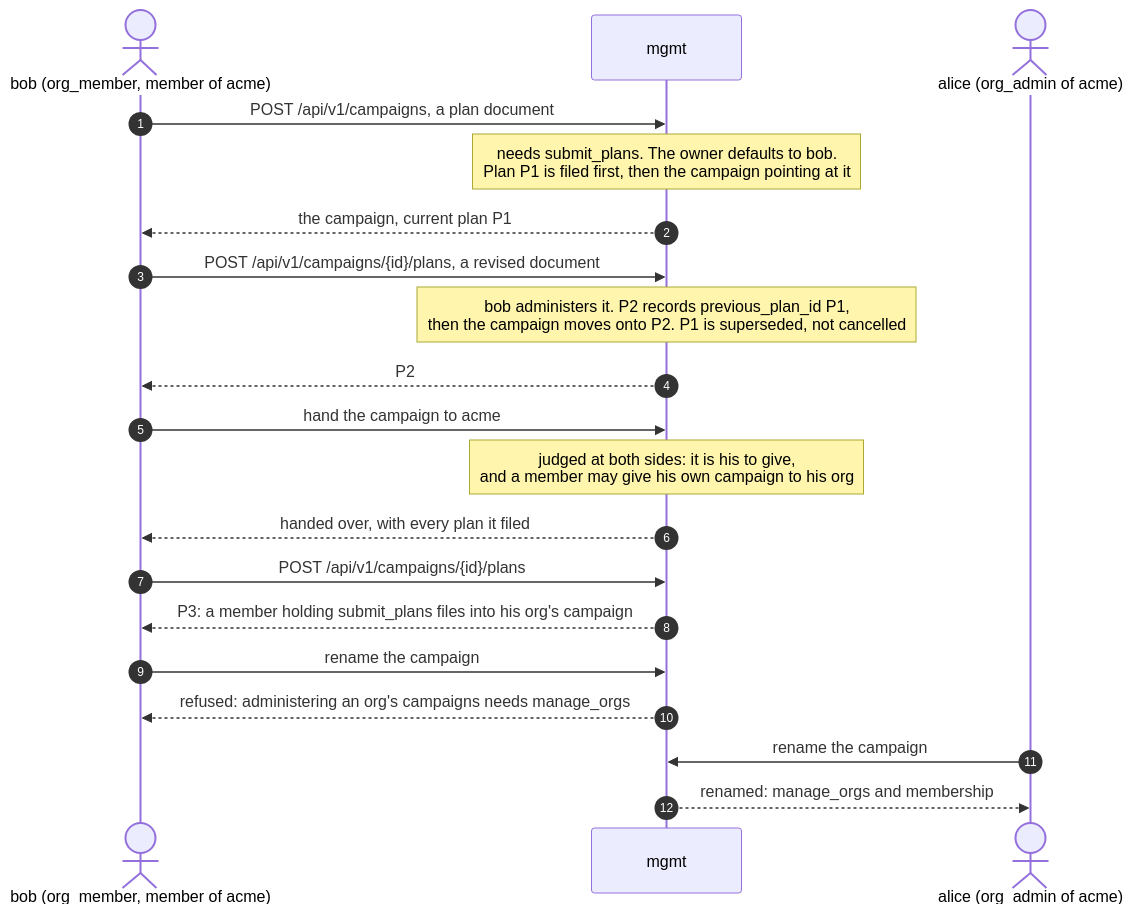
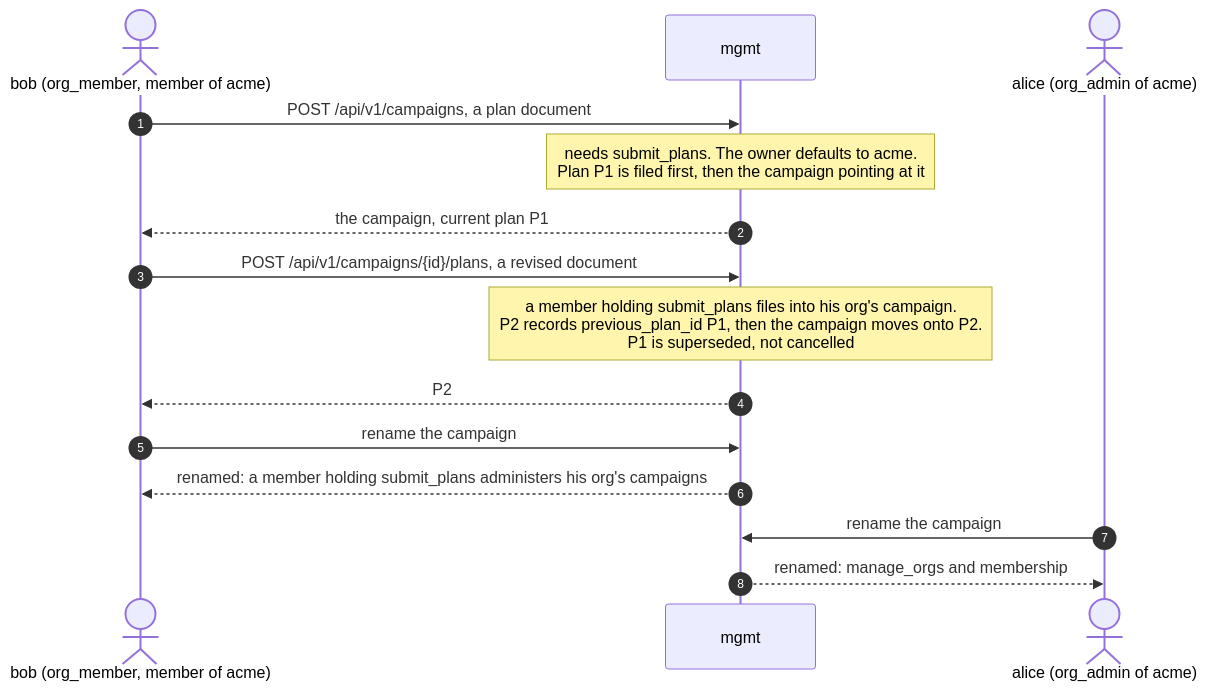
Diagram 24 of 27 in docs/topology.md (Liquid4All/pipette-mgmt), drawn with Mermaid before and after one commit. The commit also changed other lines of this file and 432 other files, not shown here.

````diff
--- a/docs/topology.md
+++ b/docs/topology.md
@@ -981,23 +925,18 @@
 ```mermaid
 sequenceDiagram
     autonumber
     actor B as bob (org_member, member of acme)
     participant M as mgmt
     actor A as alice (org_admin of acme)
 
     B->>M: POST /api/v1/campaigns, a plan document
-    Note over M: needs submit_plans. The owner defaults to bob.<br/>Plan P1 is filed first, then the campaign pointing at it
+    Note over M: needs submit_plans. The owner defaults to acme.<br/>Plan P1 is filed first, then the campaign pointing at it
     M-->>B: the campaign, current plan P1
     B->>M: POST /api/v1/campaigns/{id}/plans, a revised document
-    Note over M: bob administers it. P2 records previous_plan_id P1,<br/>then the campaign moves onto P2. P1 is superseded, not cancelled
+    Note over M: a member holding submit_plans files into his org's campaign.<br/>P2 records previous_plan_id P1, then the campaign moves onto P2.<br/>P1 is superseded, not cancelled
     M-->>B: P2
-    B->>M: hand the campaign to acme
-    Note over M: judged at both sides: it is his to give,<br/>and a member may give his own campaign to his org
-    M-->>B: handed over, with every plan it filed
-    B->>M: POST /api/v1/campaigns/{id}/plans
-    M-->>B: P3: a member holding submit_plans files into his org's campaign
     B->>M: rename the campaign
-    M-->>B: refused: administering an org's campaigns needs manage_orgs
+    M-->>B: renamed: a member holding submit_plans administers his org's campaigns
     A->>M: rename the campaign
     M-->>A: renamed: manage_orgs and membership
 ```
````
